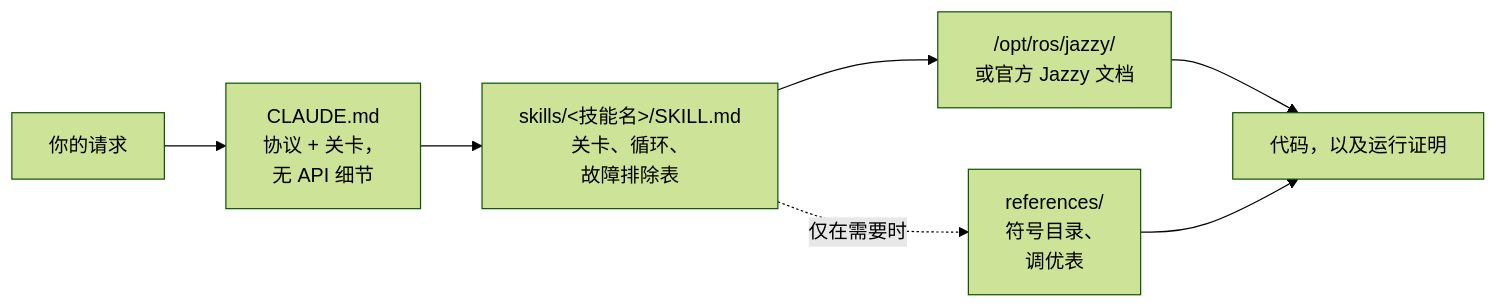
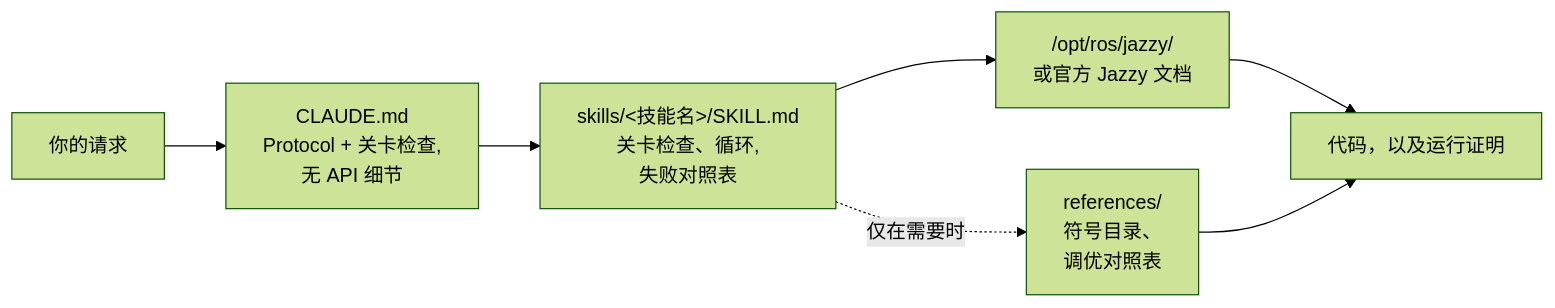
One commit to Leehyunbin0131/claude-ros2-skills changed the diagram in README.zh.md. Above: the diagram before and after it, drawn with Mermaid (forest theme). The commit also changed other lines of this file and 5 other files, not shown here.

Commit message:
docs: sync all translated READMEs with updated Evals and Roadmap in English README

````diff
--- a/README.zh.md
+++ b/README.zh.md
@@ -155,9 +178,9 @@
 ```mermaid
 flowchart LR
-    A["你的请求"] --> B["CLAUDE.md<br/>协议 + 关卡，<br/>无 API 细节"]
-    B --> C["skills/&lt;技能名&gt;/SKILL.md<br/>关卡、循环、<br/>故障排除表"]
+    A["你的请求"] --> B["CLAUDE.md<br/>Protocol + 关卡检查,<br/>无 API 细节"]
+    B --> C["skills/&lt;技能名&gt;/SKILL.md<br/>关卡检查、循环,<br/>失败对照表"]
     C --> D["/opt/ros/jazzy/<br/>或官方 Jazzy 文档"]
-    C -.仅在需要时.-> R["references/<br/>符号目录、<br/>调优表"]
+    C -.仅在需要时.-> R["references/<br/>符号目录、<br/>调优对照表"]
     D --> E["代码，以及运行证明"]
     R --> E
 ```
````
